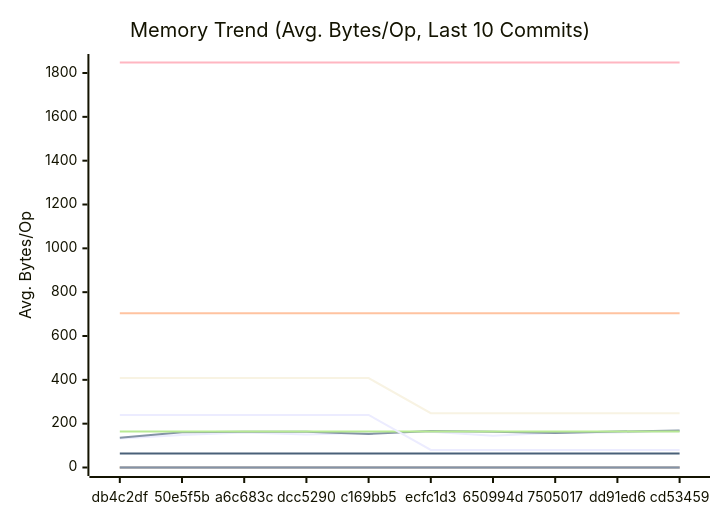
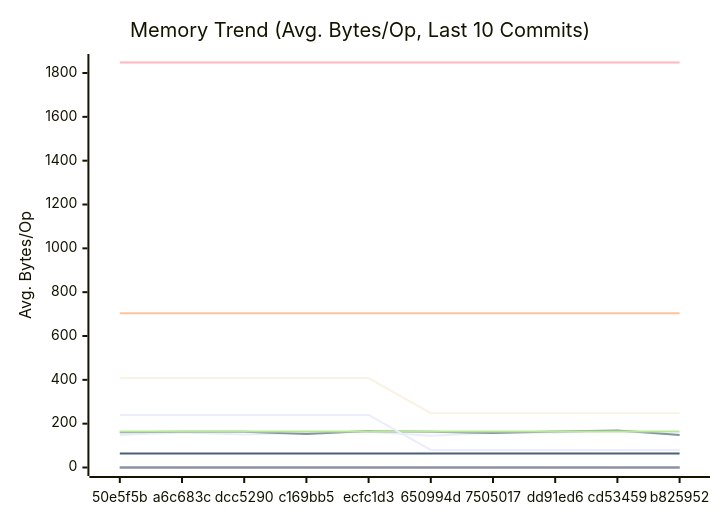
Before and after one commit to alsotoes/momo: the second of 3 diagrams in docs/PERFORMANCE.md, drawn with Mermaid. The commit also changed other lines of this file and 2 other files, not shown here.

````diff
--- a/docs/PERFORMANCE.md
+++ b/docs/PERFORMANCE.md
@@ -171,20 +171,20 @@
 ```mermaid
 xychart-beta
     title "Memory Trend (Avg. Bytes/Op, Last 10 Commits)"
     x-axis "Commit"
     y-axis "Avg. Bytes/Op"
-    x-axis [db4c2df,50e5f5b,a6c683c,dcc5290,c169bb5,ecfc1d3,650994d,7505017,dd91ed6,cd53459]
-    line "AWSChunkedReaderSigned" [132,148,160,151,158,163,145,159,160,165]
-    line "AWSChunkedReaderUnsigned" [136,161,163,163,153,166,163,157,164,169]
+    x-axis [50e5f5b,a6c683c,dcc5290,c169bb5,ecfc1d3,650994d,7505017,dd91ed6,cd53459,b825952]
+    line "AWSChunkedReaderSigned" [148,160,151,158,163,145,159,160,165,149]
+    line "AWSChunkedReaderUnsigned" [161,163,163,153,166,163,157,164,169,148]
     line "CheckMetricsAndSwap" [0,0,0,0,0,0,0,0,0,0]
     line "CrushOptimized" [0,0,0,0,0,0,0,0,0,0]
     line "CrushOriginal" [164,164,164,164,164,164,164,164,164,164]
     line "IndexDirectTracking" [0,0,0,0,0,0,0,0,0,0]
     line "IndexSearch" [0,0,0,0,0,0,0,0,0,0]
     line "LoadGlobalConfig" [1848,1848,1848,1848,1848,1848,1848,1848,1848,1848]
     line "PadString" [64,64,64,64,64,64,64,64,64,64]
     line "ParseReplicationOrder_NoPrealloc" [408,408,408,408,408,248,248,248,248,248]
     line "ParseReplicationOrder_Prealloc" [240,240,240,240,240,80,80,80,80,80]
     line "SanitizeLog/Safe" [0,0,0,0,0,0,0,0,0,0]
     line "SanitizeLog/Unsafe" [704,704,704,704,704,704,704,704,704,704]
 ```
````
